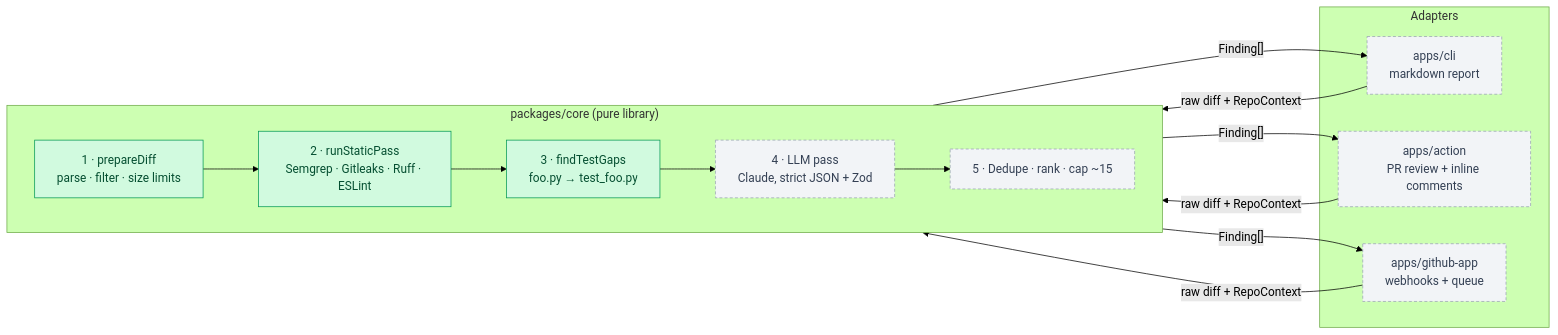
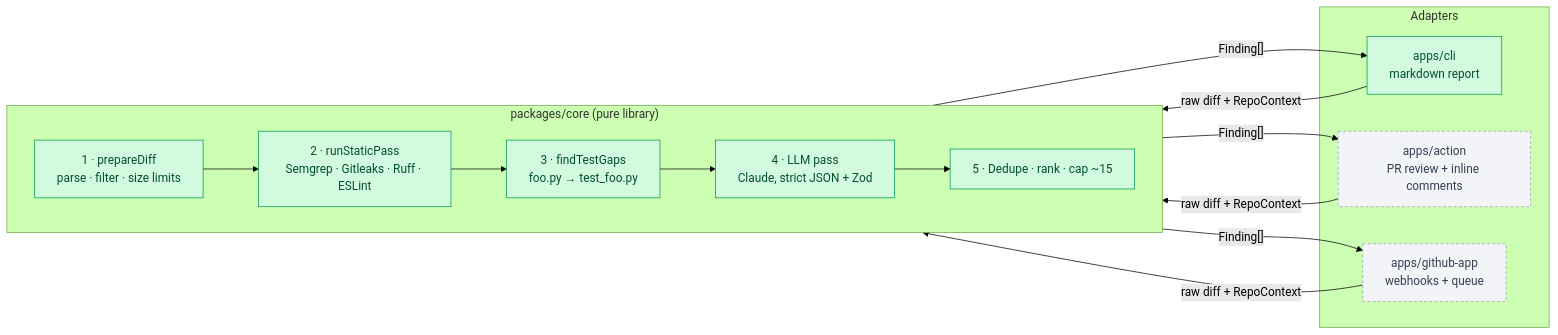
Before and after one commit to Aswin-Times/Revolver-: the first of 2 diagrams in README.md, drawn with Mermaid (forest theme). The commit also changed other lines of this file and 1 other file, not shown here.

First line of the commit message:
docs: README for the LLM pass and CLI

````diff
--- a/README.md
+++ b/README.md
@@ -32,30 +32,30 @@
 ```mermaid
 flowchart LR
     subgraph adapters["Adapters"]
         CLI["apps/cli<br/>markdown report"]
         ACTION["apps/action<br/>PR review + inline comments"]
         APP["apps/github-app<br/>webhooks + queue"]
     end
 
     subgraph core["packages/core (pure library)"]
         direction LR
         PREP["1 · prepareDiff<br/>parse · filter · size limits"]
         STATIC["2 · runStaticPass<br/>Semgrep · Gitleaks · Ruff · ESLint"]
         GAP["3 · findTestGaps<br/>foo.py → test_foo.py"]
         LLM["4 · LLM pass<br/>Claude, strict JSON + Zod"]
         RANK["5 · Dedupe · rank · cap ~15"]
         PREP --> STATIC --> GAP --> LLM --> RANK
     end
 
     CLI -- "raw diff + RepoContext" --> PREP
     ACTION -- "raw diff + RepoContext" --> PREP
     APP -- "raw diff + RepoContext" --> PREP
     RANK -- "Finding[]" --> CLI
     RANK -- "Finding[]" --> ACTION
     RANK -- "Finding[]" --> APP
 
     classDef done fill:#d1fadf,stroke:#039855,color:#054f31
     classDef planned fill:#f2f4f7,stroke:#98a2b3,color:#344054,stroke-dasharray:4 3
-    class PREP,STATIC,GAP done
-    class LLM,RANK,CLI,ACTION,APP planned
+    class PREP,STATIC,GAP,LLM,RANK,CLI done
+    class ACTION,APP planned
 ```
````
